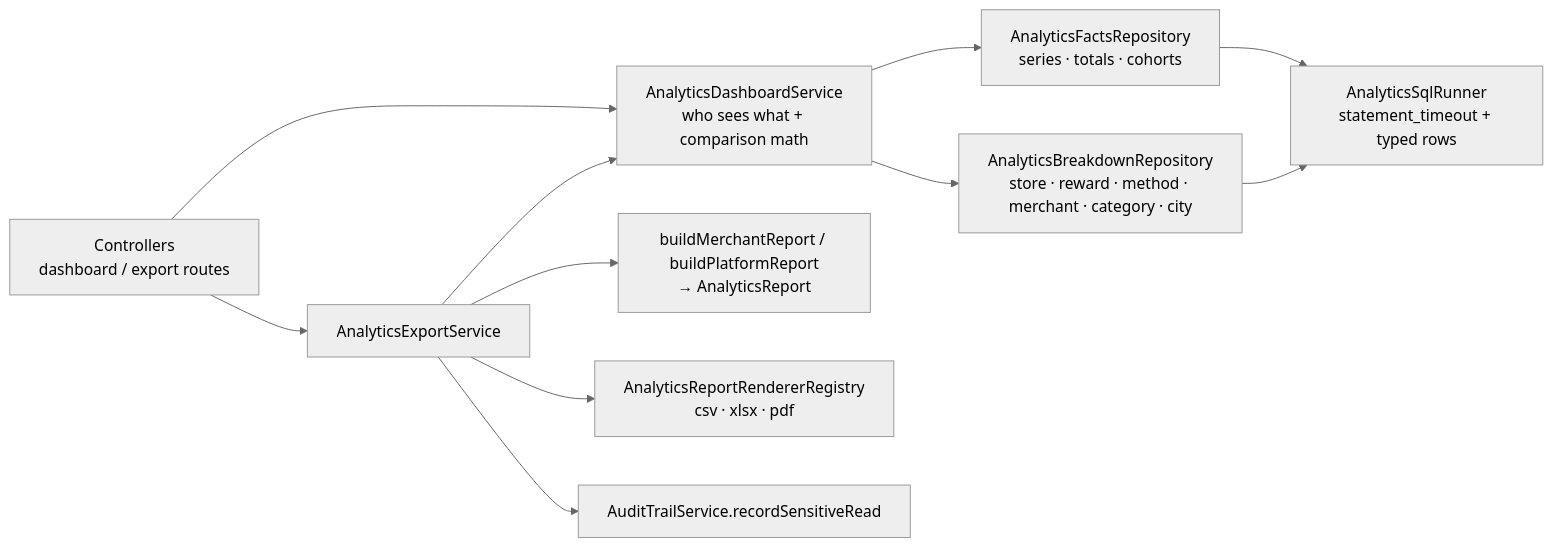
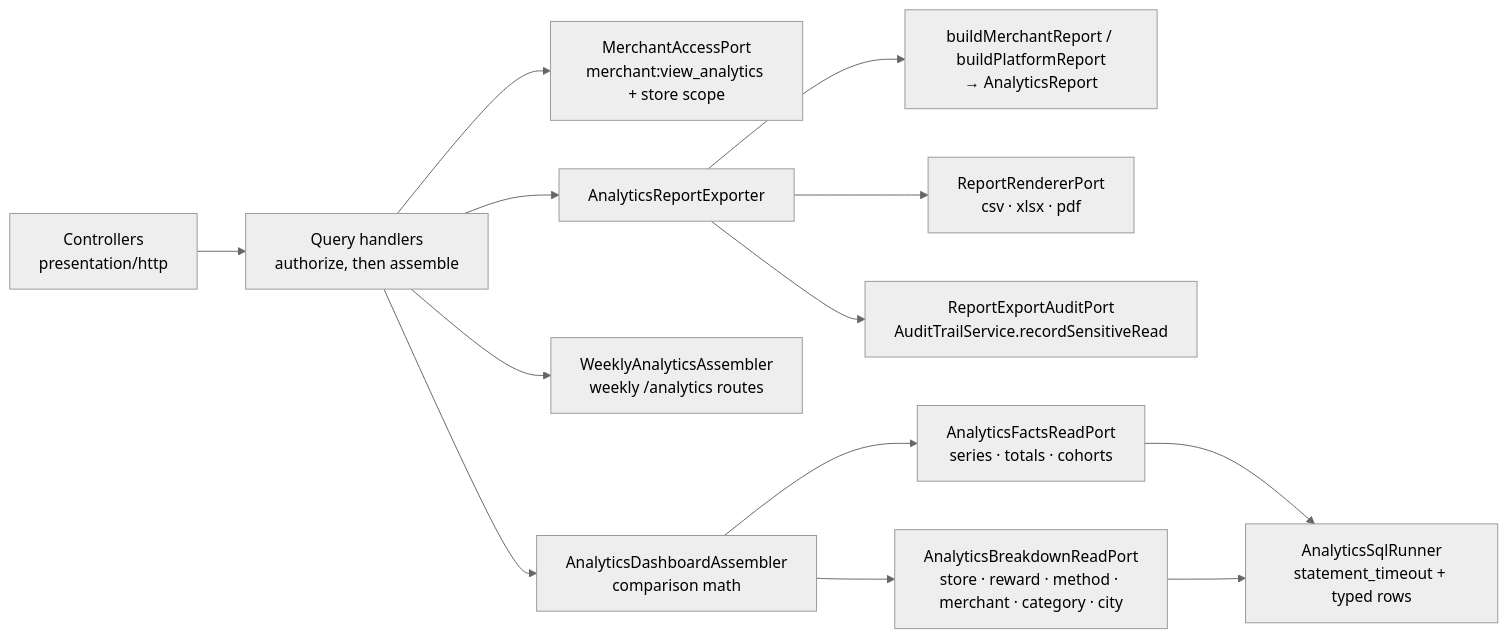
Before and after one commit to patelzz007/nestjs-nextjs-turborepo-starter-kit: the diagram in docs/technical/api/analytics.md, drawn with Mermaid (neutral theme). The commit also changed other lines of this file and 4895 other files, not shown here.

````diff
--- a/docs/technical/api/analytics.md
+++ b/docs/technical/api/analytics.md
@@ -206,13 +209,15 @@
 ```mermaid
 flowchart LR
-    C[Controllers<br/>dashboard / export routes] --> D[AnalyticsDashboardService<br/>who sees what + comparison math]
-    C --> E[AnalyticsExportService]
-    E --> D
+    C[Controllers<br/>presentation/http] --> Q[Query handlers<br/>authorize, then assemble]
+    Q --> M[MerchantAccessPort<br/>merchant:view_analytics + store scope]
+    Q --> D[AnalyticsDashboardAssembler<br/>comparison math]
+    Q --> W[WeeklyAnalyticsAssembler<br/>weekly /analytics routes]
+    Q --> E[AnalyticsReportExporter]
     E --> B[buildMerchantReport / buildPlatformReport<br/>→ AnalyticsReport]
-    E --> R[AnalyticsReportRendererRegistry<br/>csv · xlsx · pdf]
-    E --> A[AuditTrailService.recordSensitiveRead]
-    D --> F[AnalyticsFactsRepository<br/>series · totals · cohorts]
-    D --> K[AnalyticsBreakdownRepository<br/>store · reward · method · merchant · category · city]
+    E --> R[ReportRendererPort<br/>csv · xlsx · pdf]
+    E --> A[ReportExportAuditPort<br/>AuditTrailService.recordSensitiveRead]
+    D --> F[AnalyticsFactsReadPort<br/>series · totals · cohorts]
+    D --> K[AnalyticsBreakdownReadPort<br/>store · reward · method · merchant · category · city]
     F --> S[AnalyticsSqlRunner<br/>statement_timeout + typed rows]
     K --> S
 ```
````
